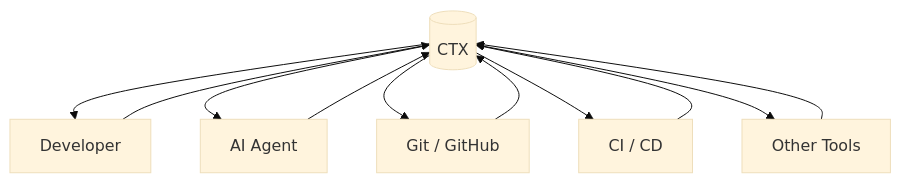
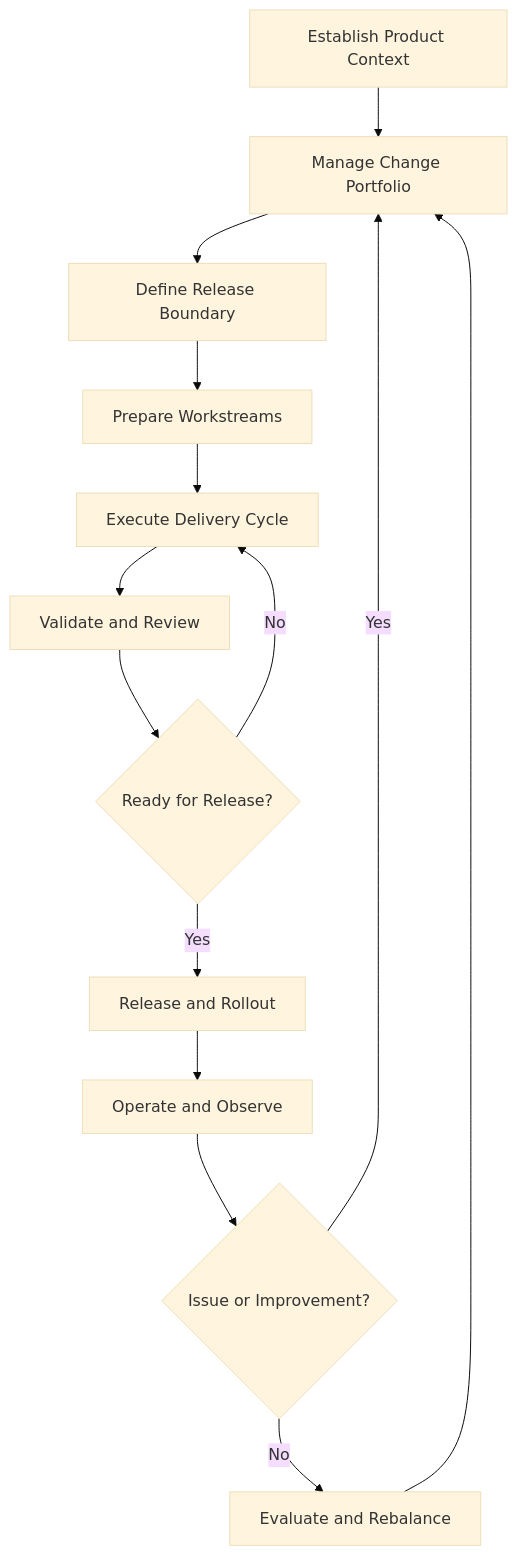
One commit to abhisekmohantychinua/ctx-cli-docs changed the diagram in docs/workflows/advanced/index.md. Above: the diagram before and after it, drawn with Mermaid (base theme). The commit also changed other lines of this file and 2 other files, not shown here.

````diff
--- a/docs/workflows/advanced/index.md
+++ b/docs/workflows/advanced/index.md
@@ -280,16 +14,16 @@
 ```mermaid
-flowchart TB
-    X[(CTX)]
-
-    X --> D[Developer]
-    X --> A[AI Agent]
-    X --> G[Git / GitHub]
-    X --> C[CI / CD]
-    X --> O[Other Tools]
-
-    D --> X
-    A --> X
-    G --> X
-    C --> X
-    O --> X
+flowchart TD
+    A[Establish Product Context] --> B[Manage Change Portfolio]
+    B --> C[Define Release Boundary]
+    C --> D[Prepare Workstreams]
+    D --> E[Execute Delivery Cycle]
+    E --> F[Validate and Review]
+    F --> G{Ready for Release?}
+    G -->|No| E
+    G -->|Yes| H[Release and Rollout]
+    H --> I[Operate and Observe]
+    I --> J{Issue or Improvement?}
+    J -->|Yes| B
+    J -->|No| K[Evaluate and Rebalance]
+    K --> B
 ```
````
